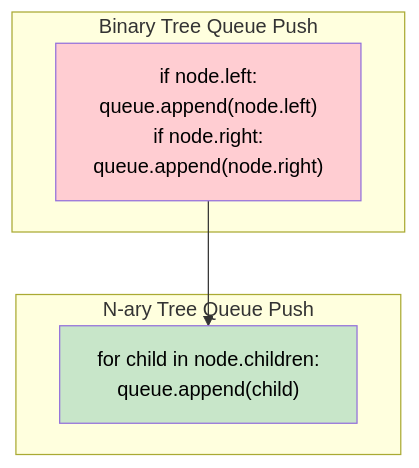
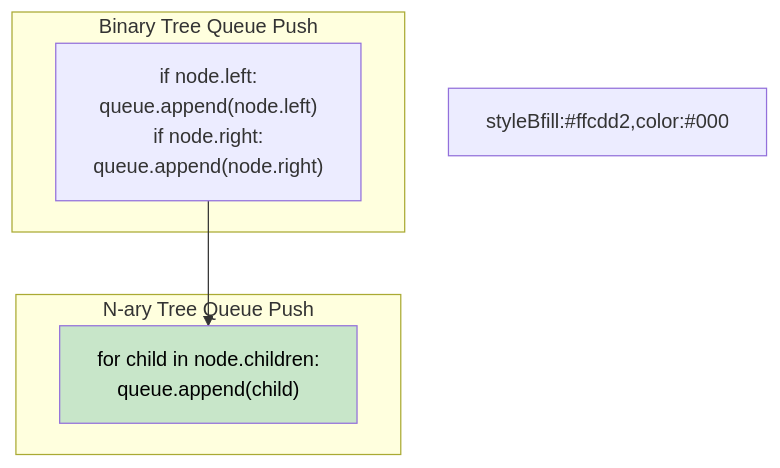
Before and after one commit to vadde/DSA: the diagram in 11 - Tree Breadth First Search/problem_14_nary_tree_level_order_walkthrough.md, drawn with Mermaid. The commit also changed 245 other files, not shown here.

First line of the commit message:
fix: Forensic fix of all Mermaid rendering issues across entire DSA repo + add pre-commit validation infrastructure

````diff
--- a/11 - Tree Breadth First Search/problem_14_nary_tree_level_order_walkthrough.md
+++ b/11 - Tree Breadth First Search/problem_14_nary_tree_level_order_walkthrough.md
@@ -67,15 +67,15 @@
 ```mermaid
 flowchart TD
-    subgraph Binary Tree Queue Push
+    subgraph BinaryTreeQueuePush [Binary Tree Queue Push]
         B["if node.left:\n  queue.append(node.left)\nif node.right:\n  queue.append(node.right)"]
     end
     
-    subgraph N-ary Tree Queue Push
+    subgraph NaryTreeQueuePush ["N-ary Tree Queue Push"]
         N["for child in node.children:\n  queue.append(child)"]
     end
-    
-    B --> N
-    
-    style B fill:#ffcdd2,color:#000
+
+B --> N
+
+styleBfill:#ffcdd2,color:#000
     style N fill:#c8e6c9,color:#000
 ```
````
